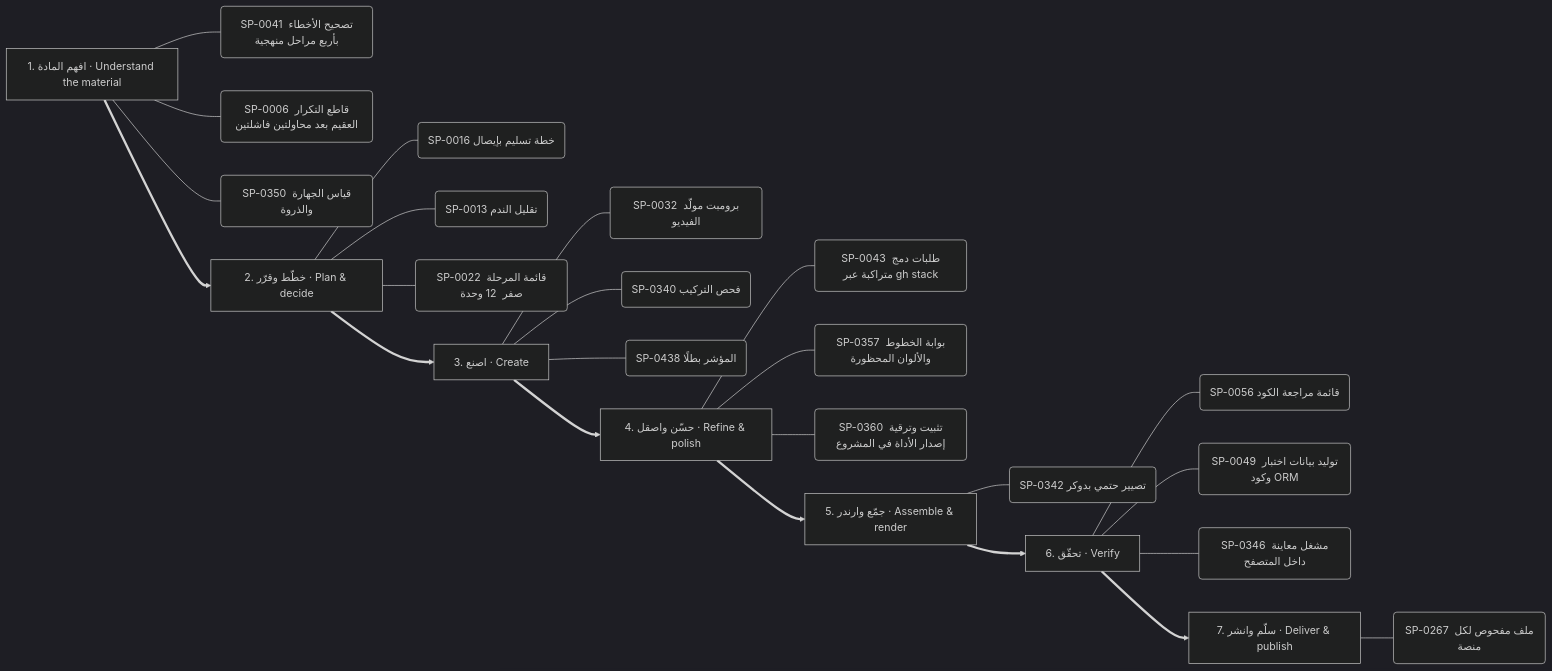
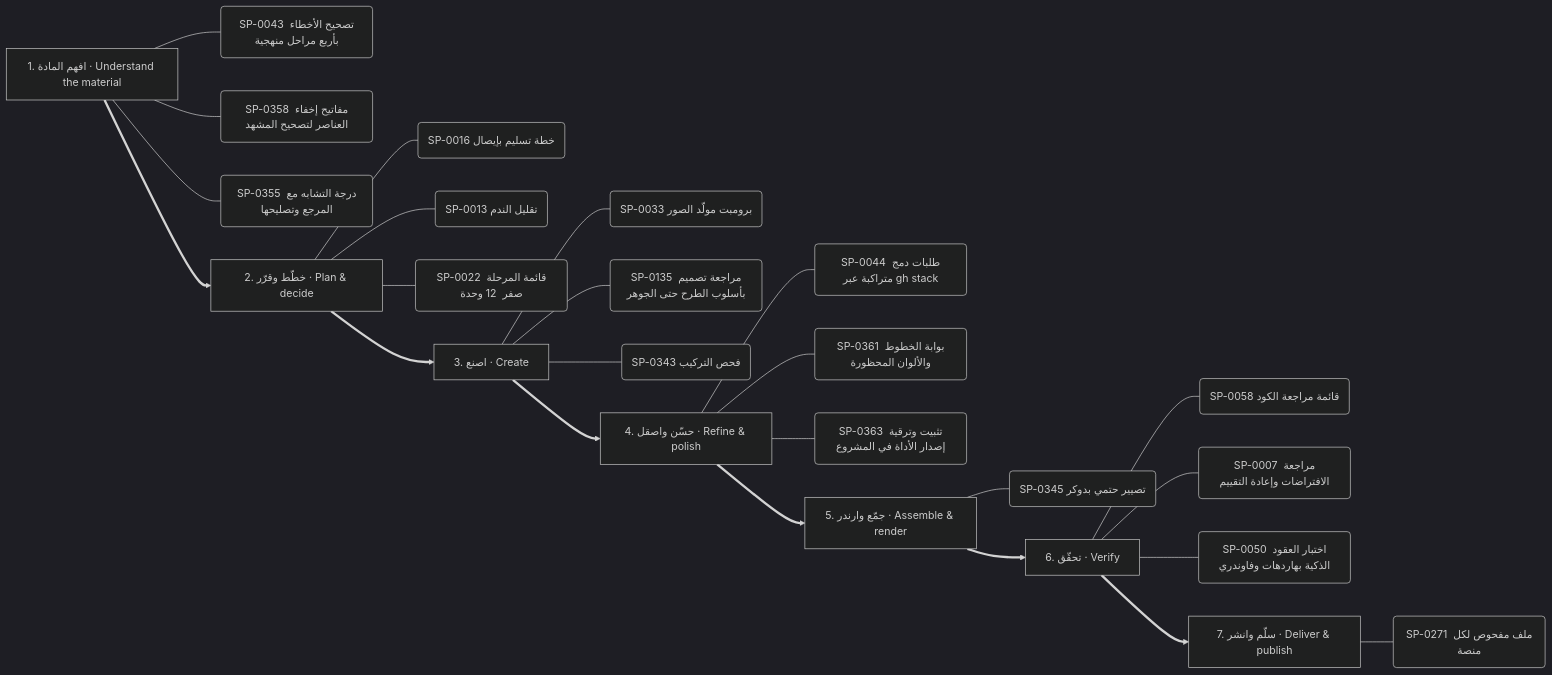
The tenth of 13 diagrams in .claude/skills/kosif-superpowers/references/capability-mindmap.md (kosif199022-jpg/kosif-tool), drawn with Mermaid (dark theme) before and after one commit. The commit also changed other lines of this file and 61 other files, not shown here.

````diff
--- a/.claude/skills/kosif-superpowers/references/capability-mindmap.md
+++ b/.claude/skills/kosif-superpowers/references/capability-mindmap.md
@@ -501,33 +501,33 @@
 ```mermaid
 flowchart LR
   S0["1. افهم المادة · Understand the material"]
-  S0 --- S0_0("SP-0041 تصحيح الأخطاء بأربع مراحل منهجية")
-  S0 --- S0_1("SP-0006 قاطع التكرار العقيم بعد محاولتين فاشلتين")
-  S0 --- S0_2("SP-0350 قياس الجهارة والذروة")
+  S0 --- S0_0("SP-0043 تصحيح الأخطاء بأربع مراحل منهجية")
+  S0 --- S0_1("SP-0358 مفاتيح إخفاء العناصر لتصحيح المشهد")
+  S0 --- S0_2("SP-0355 درجة التشابه مع المرجع وتصليحها")
   S1["2. خطّط وقرّر · Plan & decide"]
   S1 --- S1_0("SP-0016 خطة تسليم بإيصال")
   S1 --- S1_1("SP-0013 تقليل الندم")
   S1 --- S1_2("SP-0022 قائمة المرحلة صفر  12 وحدة ")
   S0 ==> S1
   S2["3. اصنع · Create"]
-  S2 --- S2_0("SP-0032 برومبت مولّد الفيديو")
-  S2 --- S2_1("SP-0340 فحص التركيب")
-  S2 --- S2_2("SP-0438 المؤشر بطلًا")
+  S2 --- S2_0("SP-0033 برومبت مولّد الصور")
+  S2 --- S2_1("SP-0135 مراجعة تصميم بأسلوب الطرح حتى الجوهر")
+  S2 --- S2_2("SP-0343 فحص التركيب")
   S1 ==> S2
   S3["4. حسّن واصقل · Refine & polish"]
-  S3 --- S3_0("SP-0043 طلبات دمج متراكبة عبر gh stack")
-  S3 --- S3_1("SP-0357 بوابة الخطوط والألوان المحظورة")
-  S3 --- S3_2("SP-0360 تثبيت وترقية إصدار الأداة في المشروع")
+  S3 --- S3_0("SP-0044 طلبات دمج متراكبة عبر gh stack")
+  S3 --- S3_1("SP-0361 بوابة الخطوط والألوان المحظورة")
+  S3 --- S3_2("SP-0363 تثبيت وترقية إصدار الأداة في المشروع")
   S2 ==> S3
   S4["5. جمّع وارندر · Assemble & render"]
-  S4 --- S4_0("SP-0342 تصيير حتمي بدوكر")
+  S4 --- S4_0("SP-0345 تصيير حتمي بدوكر")
   S3 ==> S4
   S5["6. تحقّق · Verify"]
-  S5 --- S5_0("SP-0056 قائمة مراجعة الكود")
-  S5 --- S5_1("SP-0049 توليد بيانات اختبار وكود ORM")
-  S5 --- S5_2("SP-0346 مشغل معاينة داخل المتصفح")
+  S5 --- S5_0("SP-0058 قائمة مراجعة الكود")
+  S5 --- S5_1("SP-0007 مراجعة الافتراضات وإعادة التقييم")
+  S5 --- S5_2("SP-0050 اختبار العقود الذكية بهاردهات وفاوندري")
   S4 ==> S5
   S6["7. سلّم وانشر · Deliver & publish"]
-  S6 --- S6_0("SP-0267 ملف مفحوص لكل منصة")
+  S6 --- S6_0("SP-0271 ملف مفحوص لكل منصة")
   S5 ==> S6
 ```
````
